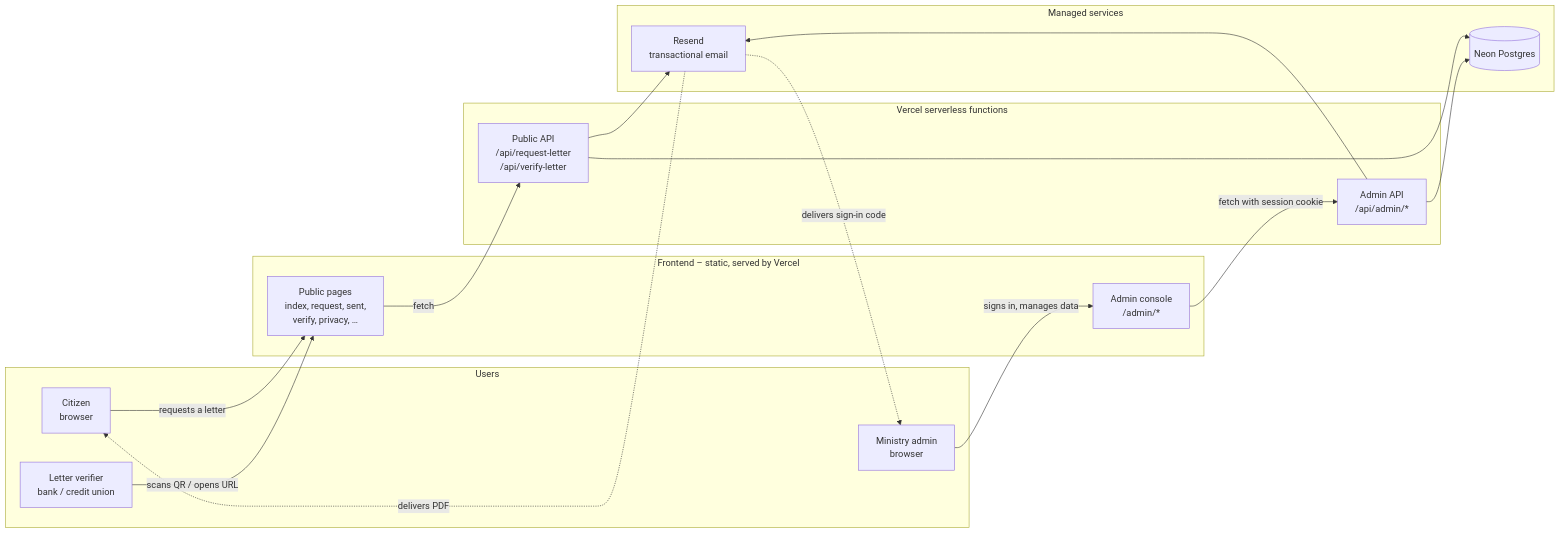
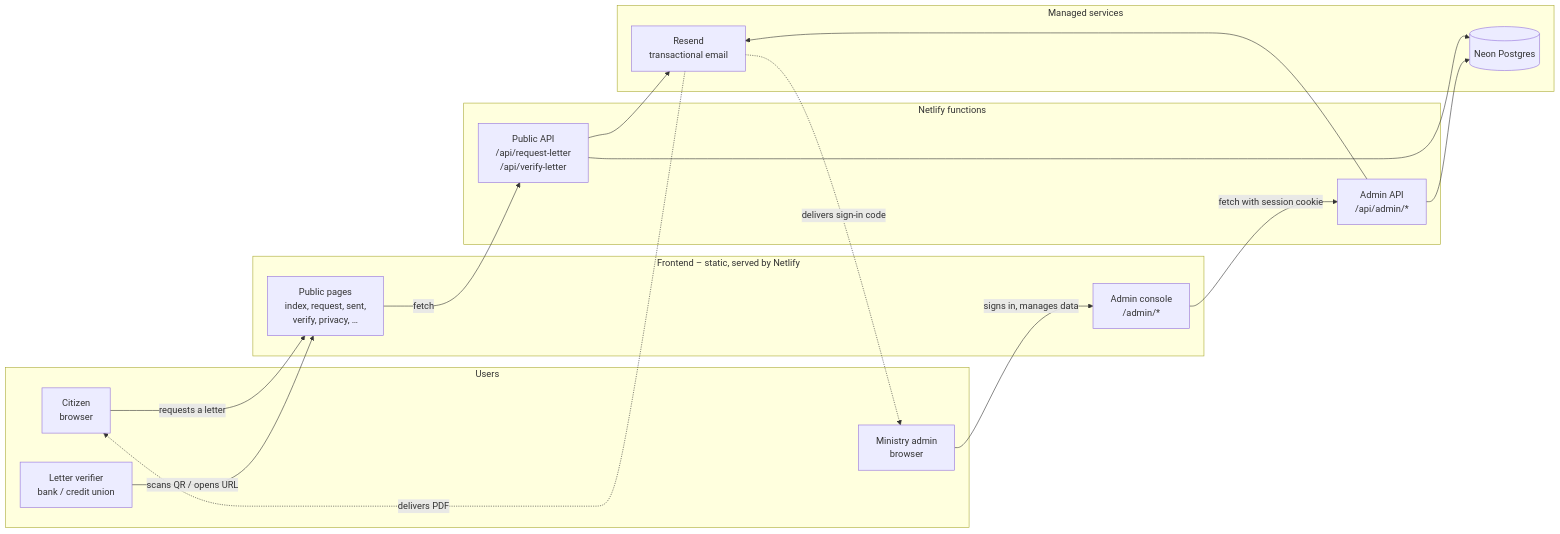
One commit to govtech-bb/Get-a-job-letter-from-the-Ministry-of-Education changed the first of 6 diagrams in ARCHITECTURE.md. Above: the diagram before and after it, drawn with Mermaid. The commit also changed other lines of this file and 58 other files, not shown here.

````diff
--- a/ARCHITECTURE.md
+++ b/ARCHITECTURE.md
@@ -17,37 +17,37 @@
 ```mermaid
 flowchart LR
   subgraph users[Users]
     citizen[Citizen<br/>browser]
     verifier[Letter verifier<br/>bank / credit union]
     admin[Ministry admin<br/>browser]
   end
 
-  subgraph frontend[Frontend – static, served by Vercel]
+  subgraph frontend[Frontend – static, served by Netlify]
     pubpages[Public pages<br/>index, request, sent,<br/>verify, privacy, …]
     adminpages[Admin console<br/>/admin/*]
   end
 
-  subgraph api[Vercel serverless functions]
+  subgraph api[Netlify functions]
     pubapi[Public API<br/>/api/request-letter<br/>/api/verify-letter]
     adminapi[Admin API<br/>/api/admin/*]
   end
 
   subgraph services[Managed services]
     neon[(Neon Postgres)]
     resend[Resend<br/>transactional email]
   end
 
   citizen -->|requests a letter| pubpages
   pubpages -->|fetch| pubapi
   verifier -->|scans QR / opens URL| pubpages
   admin -->|signs in, manages data| adminpages
   adminpages -->|fetch with session cookie| adminapi
 
   pubapi --> neon
   pubapi --> resend
   adminapi --> neon
   adminapi --> resend
 
   resend -.delivers PDF.-> citizen
   resend -.delivers sign-in code.-> admin
 ```
````
